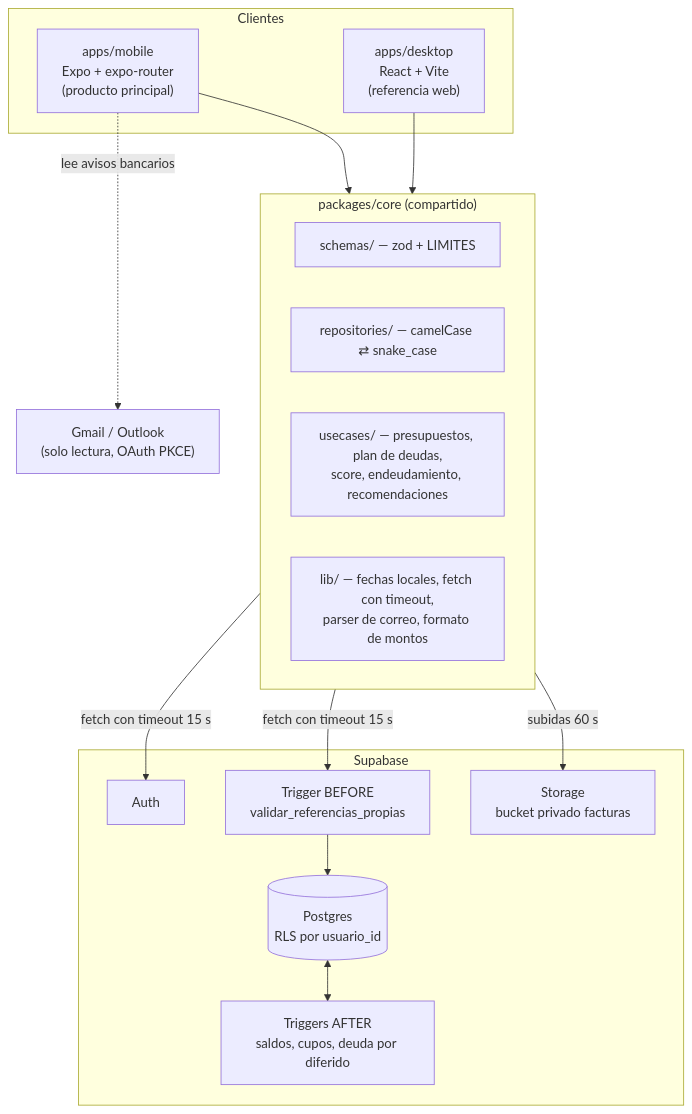
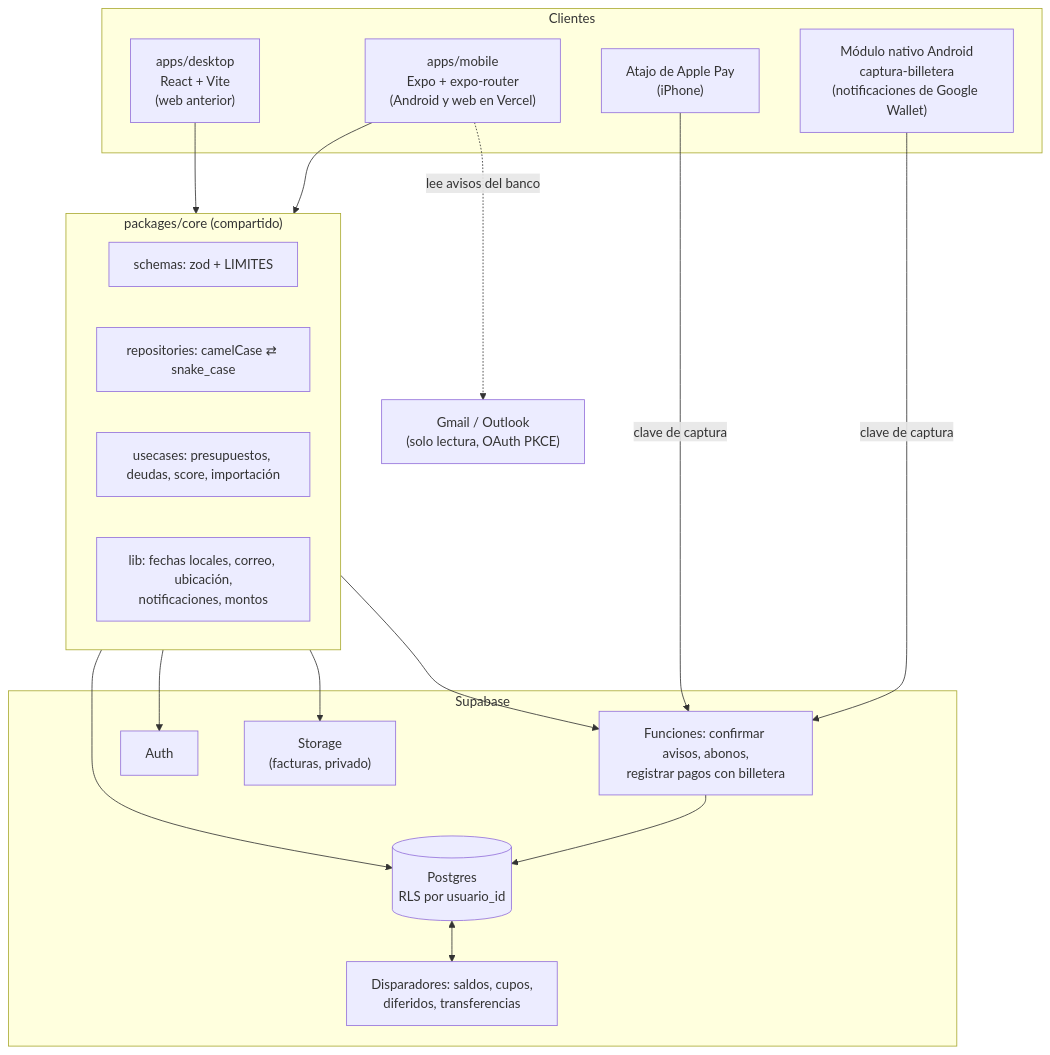
One commit to CSEBASTIA/App_registros_gastos changed the diagram in README.md. Above: the diagram before and after it, drawn with Mermaid. The commit also changed other lines of this file and 3 other files, not shown here.

````diff
--- a/README.md
+++ b/README.md
@@ -33,31 +76,36 @@
 ```mermaid
 flowchart TB
     subgraph Clientes
-        Mobile["apps/mobile\nExpo + expo-router\n(producto principal)"]
-        Desktop["apps/desktop\nReact + Vite\n(referencia web)"]
+        Mobile["apps/mobile\nExpo + expo-router\n(Android y web en Vercel)"]
+        Desktop["apps/desktop\nReact + Vite\n(web anterior)"]
+        Modulo["Módulo nativo Android\ncaptura-billetera\n(notificaciones de Google Wallet)"]
+        Atajo["Atajo de Apple Pay\n(iPhone)"]
     end
 
     subgraph Core["packages/core (compartido)"]
-        Schemas["schemas/ — zod + LIMITES"]
-        Repos["repositories/ — camelCase ⇄ snake_case"]
-        Usecases["usecases/ — presupuestos, plan de deudas,\nscore, endeudamiento, recomendaciones"]
-        Lib["lib/ — fechas locales, fetch con timeout,\nparser de correo, formato de montos"]
+        Schemas["schemas: zod + LIMITES"]
+        Repos["repositories: camelCase ⇄ snake_case"]
+        Usecases["usecases: presupuestos, deudas, score, importación"]
+        Lib["lib: fechas locales, correo, ubicación,\nnotificaciones, montos"]
     end
 
     subgraph Supabase
-        Valid["Trigger BEFORE\nvalidar_referencias_propias"]
         DB[("Postgres\nRLS por usuario_id")]
-        Triggers["Triggers AFTER\nsaldos, cupos, deuda por diferido"]
+        Triggers["Disparadores: saldos, cupos,\ndiferidos, transferencias"]
+        RPC["Funciones: confirmar avisos, abonos,\nregistrar pagos con billetera"]
         Auth["Auth"]
-        Storage["Storage\nbucket privado facturas"]
+        Storage["Storage\n(facturas, privado)"]
     end
 
     Mail["Gmail / Outlook\n(solo lectura, OAuth PKCE)"]
 
     Mobile --> Core
     Desktop --> Core
-    Mobile -. lee avisos bancarios .-> Mail
-    Core -- "fetch con timeout 15 s" --> Auth
-    Core -- "fetch con timeout 15 s" --> Valid --> DB <--> Triggers
-    Core -- "subidas 60 s" --> Storage
+    Mobile -. lee avisos del banco .-> Mail
+    Core --> Auth
+    Core --> RPC --> DB
+    Core --> DB <--> Triggers
+    Core --> Storage
+    Modulo -- "clave de captura" --> RPC
+    Atajo -- "clave de captura" --> RPC
 ```
````
